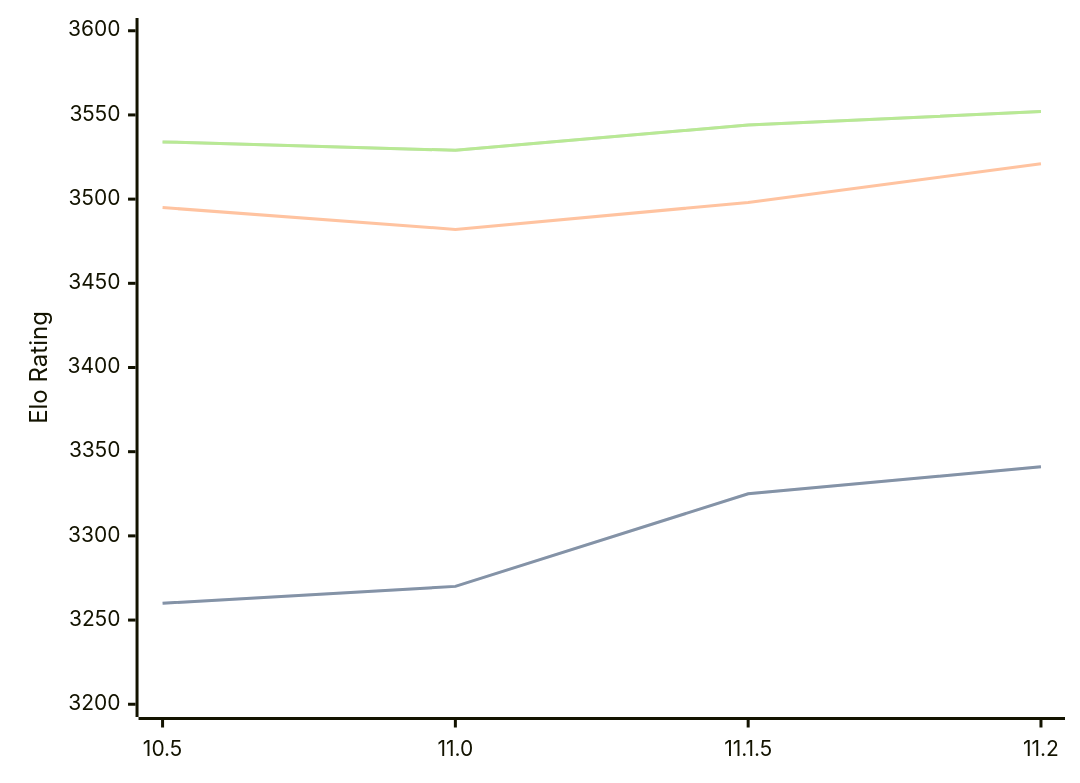
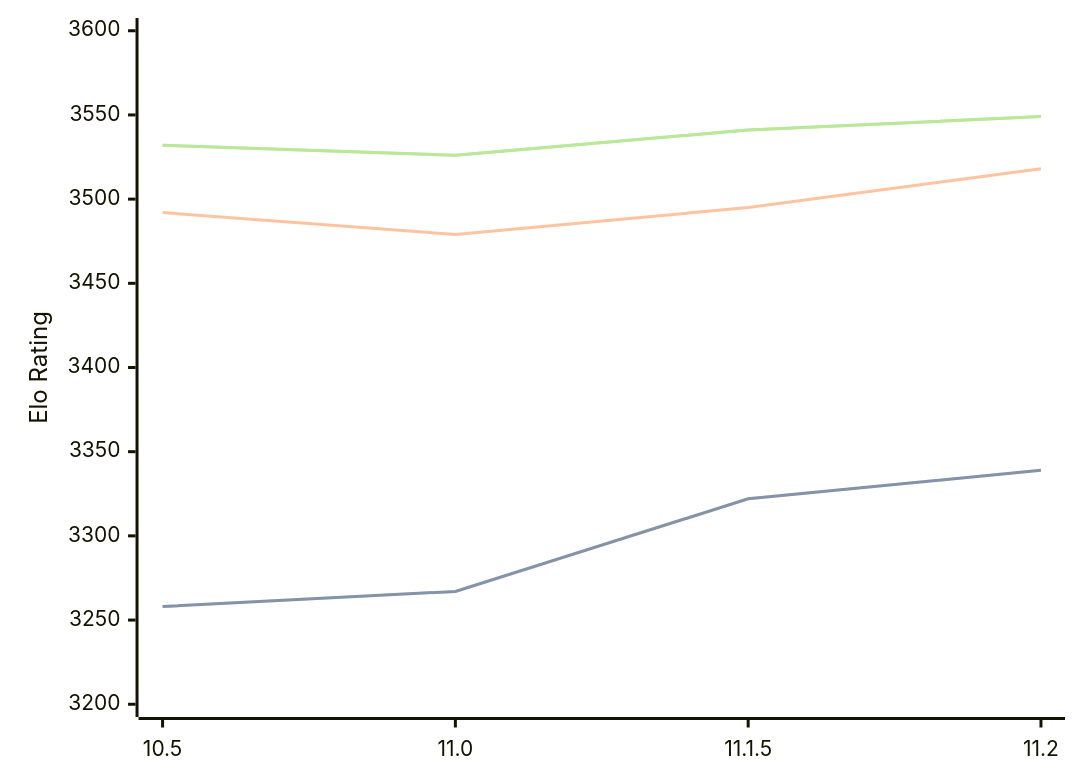
One commit to computer-chess-index/cci changed the diagram in engines/Lizard.md. Above: the diagram before and after it, drawn with Mermaid. The commit also changed other lines of this file, not shown here.

Commit message:
Update CCI Ratings (ELO VLTC) - 2026-04-23

````diff
--- a/engines/Lizard.md
+++ b/engines/Lizard.md
@@ -46,11 +46,11 @@
 ```mermaid
 %%{init: {"theme":"base","themeVariables":{"seriesColors:['#a3a3a3','#222221','#faa371']}}}%%
 xychart-beta
   x-axis ["10.5", "11.0", "11.1.5", "11.2"]
   y-axis "Elo Rating" 3200 --> 3600
-  line "STC (8.0+0.08s)" [3260, 3270, 3325, 3341]
-  line "STC (8.0+0.08s)" [3260, 3270, 3325, 3341]
-  line "LTC (60.0+0.60s)" [3495, 3482, 3498, 3521]
-  line "VLTC (2m24s+1.12s)" [3534, 3529, 3544, 3552]
-  line "VLTC (2m24s+1.12s)" [3534, 3529, 3544, 3552]
+  line "STC (8.0+0.08s)" [3258, 3267, 3322, 3339]
+  line "STC (8.0+0.08s)" [3258, 3267, 3322, 3339]
+  line "LTC (60.0+0.60s)" [3492, 3479, 3495, 3518]
+  line "VLTC (2m24s+1.12s)" [3532, 3526, 3541, 3549]
+  line "VLTC (2m24s+1.12s)" [3532, 3526, 3541, 3549]
 ```
````
